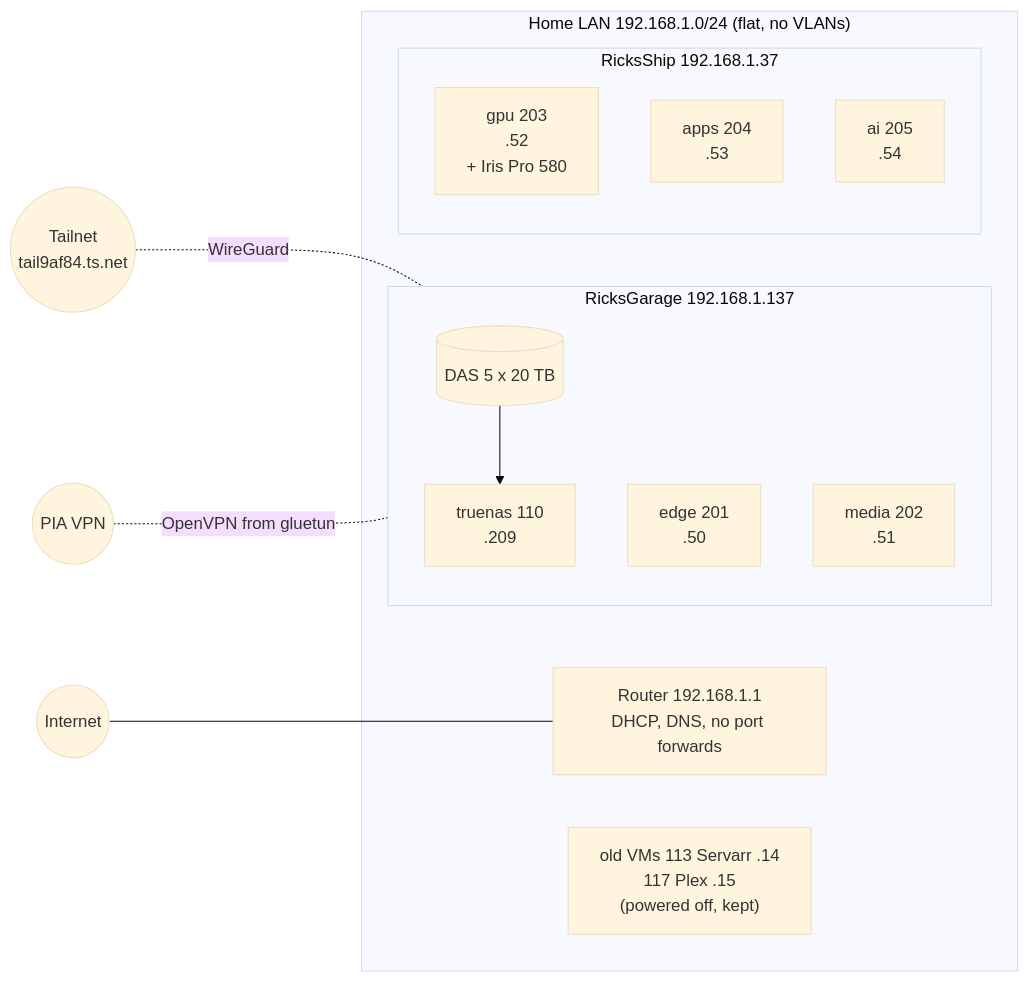
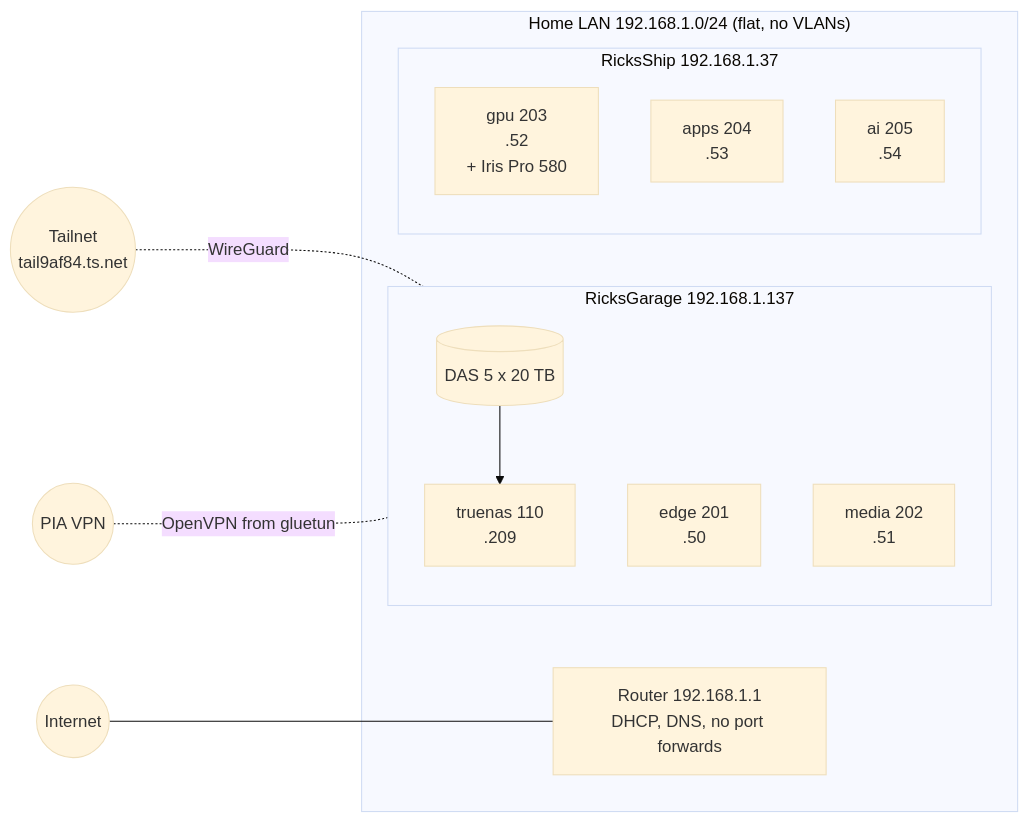
The first of 8 diagrams in docs/wiki/03-architecture.md (mikegutberlet/homelab-infra), drawn with Mermaid (base theme) before and after one commit. The commit also changed 8 other files, not shown here.

First line of the commit message:
Docs: old VMs 113 and 117 removed after verified vzdump backups

````diff
--- a/docs/wiki/03-architecture.md
+++ b/docs/wiki/03-architecture.md
@@ -19,22 +19,21 @@
 ```mermaid
 flowchart LR
     subgraph LAN["Home LAN 192.168.1.0/24 (flat, no VLANs)"]
         RTR["Router 192.168.1.1<br/>DHCP, DNS, no port forwards"]
         subgraph RG["RicksGarage 192.168.1.137"]
             direction TB
             DAS[("DAS 5 x 20 TB")] --> TN["truenas 110<br/>.209"]
             E["edge 201<br/>.50"]
             M["media 202<br/>.51"]
         end
         subgraph RS["RicksShip 192.168.1.37"]
             direction TB
             G["gpu 203<br/>.52<br/>+ Iris Pro 580"]
             A["apps 204<br/>.53"]
             I["ai 205<br/>.54"]
         end
-        OLD["old VMs 113 Servarr .14<br/>117 Plex .15<br/>(powered off, kept)"]
     end
     INET((Internet)) --- RTR
     TSN((Tailnet<br/>tail9af84.ts.net)) -. "WireGuard" .- E
     PIA((PIA VPN)) -. "OpenVPN from gluetun" .- M
 ```
````
